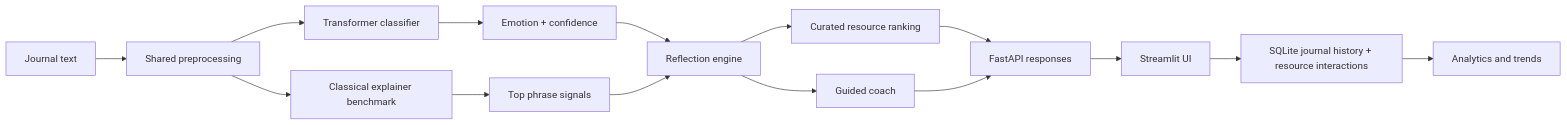
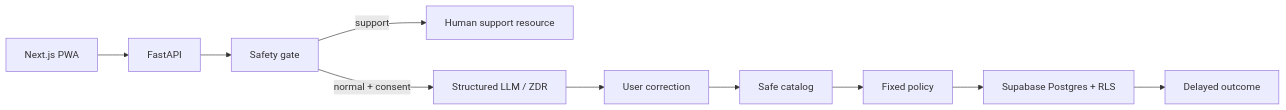
Before and after one commit to yusenrong46-afk/JournalPulse: the diagram in README.md, drawn with Mermaid. The commit also changed other lines of this file and 116 other files, not shown here.

````diff
--- a/README.md
+++ b/README.md
@@ -70,17 +29,12 @@
 ```mermaid
 flowchart LR
-    A["Journal text"] --> B["Shared preprocessing"]
-    B --> C["Transformer classifier"]
-    B --> D["Classical explainer benchmark"]
-    C --> E["Emotion + confidence"]
-    D --> F["Top phrase signals"]
-    E --> G["Reflection engine"]
-    F --> G
-    G --> H["Curated resource ranking"]
-    G --> I["Guided coach"]
-    H --> J["FastAPI responses"]
-    I --> J
-    J --> K["Streamlit UI"]
-    K --> L["SQLite journal history + resource interactions"]
-    L --> M["Analytics and trends"]
+  PWA["Next.js PWA"] --> API["FastAPI"]
+  API --> SAFE["Safety gate"]
+  SAFE -->|support| HUMAN["Human support resource"]
+  SAFE -->|normal + consent| LLM["Structured LLM / ZDR"]
+  LLM --> CORRECT["User correction"]
+  CORRECT --> CATALOG["Safe catalog"]
+  CATALOG --> POLICY["Fixed policy"]
+  POLICY --> DB["Supabase Postgres + RLS"]
+  DB --> OUTCOME["Delayed outcome"]
 ```
````
